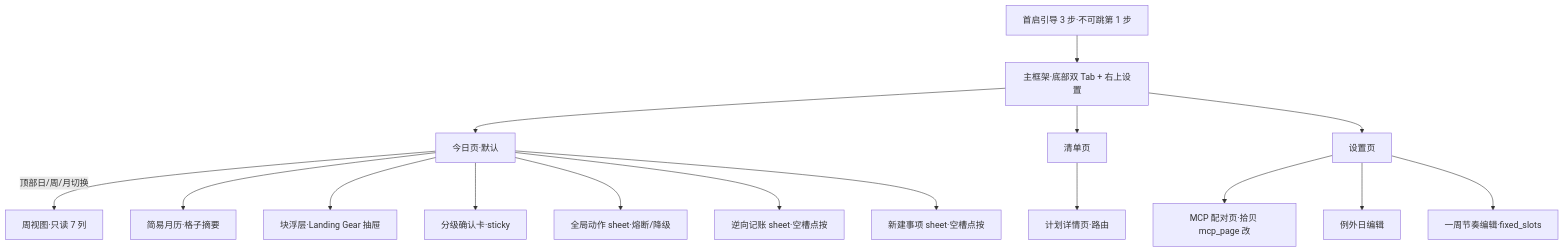
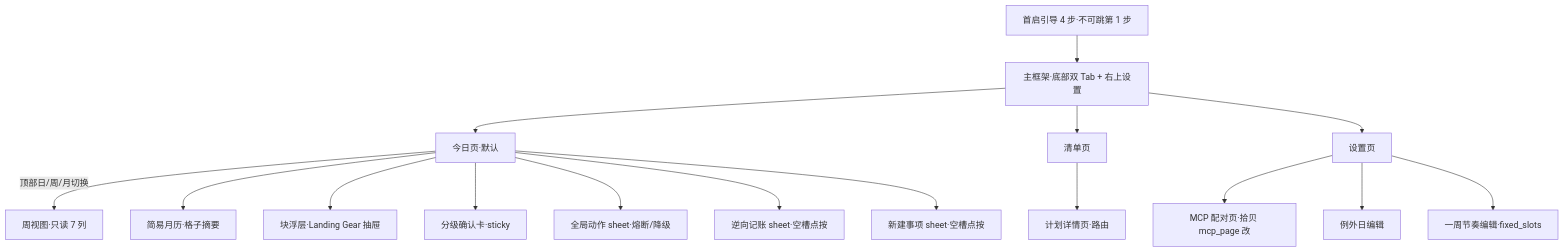
Before and after one commit to loveheng/goodtime: the first of 2 diagrams in docs/design/ui-spec.md, drawn with Mermaid. The commit also changed other lines of this file and 45 other files, not shown here.

Commit message:
feat(icon): app图标替换

````diff
--- a/docs/design/ui-spec.md
+++ b/docs/design/ui-spec.md
@@ -110,18 +111,18 @@
 ```mermaid
 flowchart TD
-  OB[首启引导 3 步·不可跳第 1 步] --> FRAME[主框架·底部双 Tab + 右上设置]
+  OB[首启引导 4 步·不可跳第 1 步] --> FRAME[主框架·底部双 Tab + 右上设置]
   FRAME --> TODAY[今日页·默认]
   FRAME --> LIST[清单页]
   FRAME --> SET[设置页]
   TODAY -- 顶部日/周/月切换 --> WEEK[周视图·只读 7 列]
   TODAY --> MONTH[简易月历·格子摘要]
   TODAY --> BSHEET[块浮层·Landing Gear 抽屉]
   TODAY --> CCARD[分级确认卡·sticky]
   TODAY --> PANIC[全局动作 sheet·熔断/降级]
   TODAY --> RETRO[逆向记账 sheet·空槽点按]
   TODAY --> NEWB[新建事项 sheet·空槽点按]
   LIST --> DETAIL[计划详情页·路由]
   SET --> MCPG[MCP 配对页·拾贝 mcp_page 改]
   SET --> EXC[例外日编辑]
   SET --> SLOTS[一周节奏编辑·fixed_slots]
 ```
````
